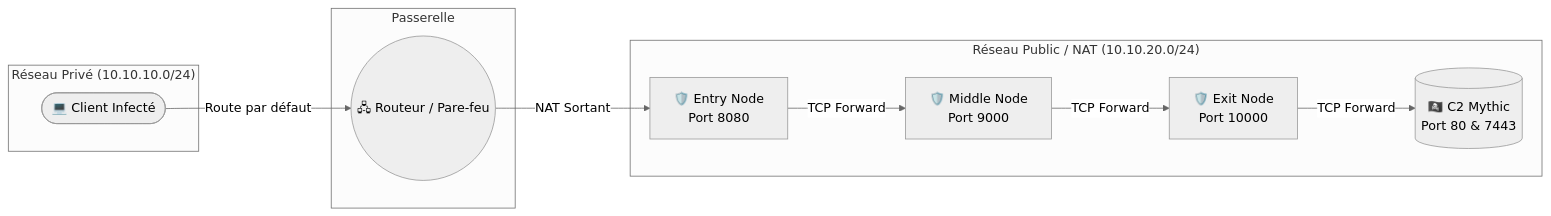
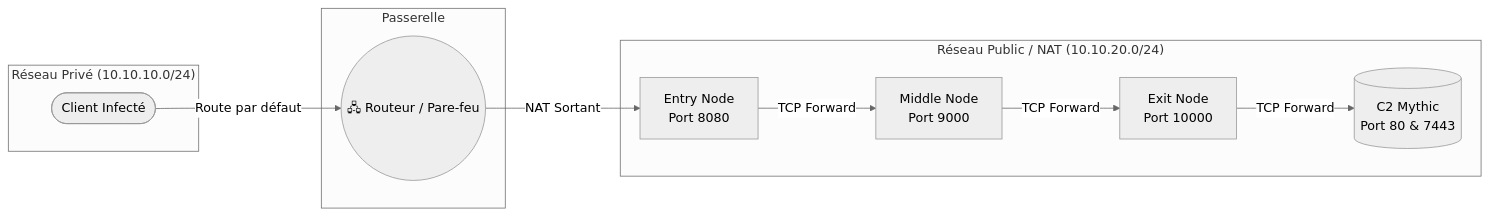
Before and after one commit to nilu4p/proxychain_poc: the diagram in README.md, drawn with Mermaid (neutral theme).

````diff
--- a/README.md
+++ b/README.md
@@ -20,23 +20,23 @@
 ```mermaid
 graph LR
     subgraph "Réseau Privé (10.10.10.0/24)"
-        Client([💻 Client Infecté])
+        Client([Client Infecté])
     end
 
     subgraph "Passerelle"
         Router((🖧 Routeur / Pare-feu))
     end
 
     subgraph "Réseau Public / NAT (10.10.20.0/24)"
-        Entry[🛡️ Entry Node <br/> Port 8080]
-        Middle[🛡️ Middle Node <br/> Port 9000]
-        Exit[🛡️ Exit Node <br/> Port 10000]
-        C2[(🏴‍☠️ C2 Mythic <br/> Port 80 & 7443)]
+        Entry[Entry Node <br/> Port 8080]
+        Middle[Middle Node <br/> Port 9000]
+        Exit[Exit Node <br/> Port 10000]
+        C2[(C2 Mythic <br/> Port 80 & 7443)]
     end
 
     Client -->|Route par défaut| Router
     Router -->|NAT Sortant| Entry
     Entry -->|TCP Forward| Middle
     Middle -->|TCP Forward| Exit
     Exit -->|TCP Forward| C2
 ```
````
